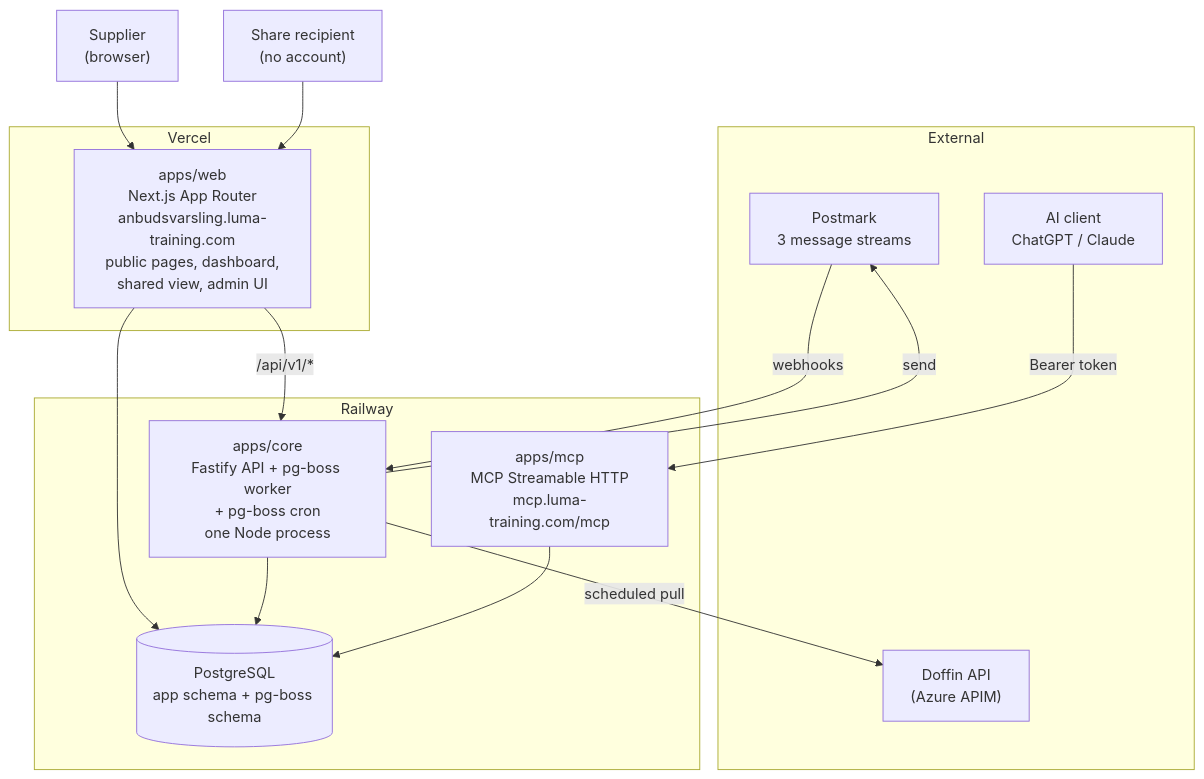
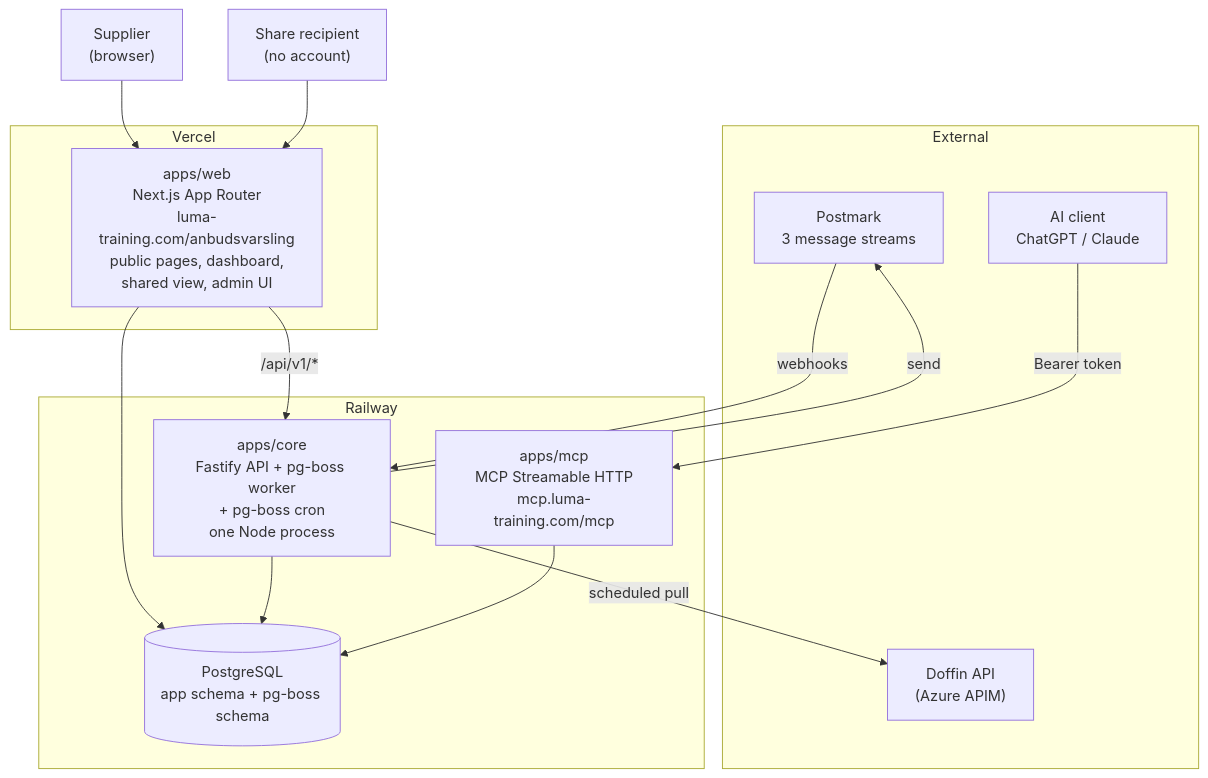
Before and after one commit to esoddvik/luma-training-anbudsagent: the first of 3 diagrams in docs/architecture.md, drawn with Mermaid. The commit also changed other lines of this file and 45 other files, not shown here.

````diff
--- a/docs/architecture.md
+++ b/docs/architecture.md
@@ -25,34 +25,34 @@
 ```mermaid
 graph TB
     subgraph external["External"]
         DOFFIN["Doffin API<br/>(Azure APIM)"]
         POSTMARK["Postmark<br/>3 message streams"]
         AICLIENT["AI client<br/>ChatGPT / Claude"]
     end
 
     subgraph vercel["Vercel"]
-        WEB["apps/web<br/>Next.js App Router<br/>anbudsvarsling.luma-training.com<br/>public pages, dashboard,<br/>shared view, admin UI"]
+        WEB["apps/web<br/>Next.js App Router<br/>luma-training.com/anbudsvarsling<br/>public pages, dashboard,<br/>shared view, admin UI"]
     end
 
     subgraph railway["Railway"]
         CORE["apps/core<br/>Fastify API + pg-boss worker<br/>+ pg-boss cron<br/>one Node process"]
         MCP["apps/mcp<br/>MCP Streamable HTTP<br/>mcp.luma-training.com/mcp"]
         DB[("PostgreSQL<br/>app schema + pg-boss schema")]
     end
 
     USER["Supplier<br/>(browser)"]
     RECIPIENT["Share recipient<br/>(no account)"]
 
     USER --> WEB
     RECIPIENT --> WEB
     AICLIENT -->|"Bearer token"| MCP
 
     WEB -->|"/api/v1/*"| CORE
     WEB --> DB
     CORE --> DB
     MCP --> DB
 
     CORE -->|"scheduled pull"| DOFFIN
     CORE -->|"send"| POSTMARK
     POSTMARK -->|"webhooks"| CORE
 ```
````
